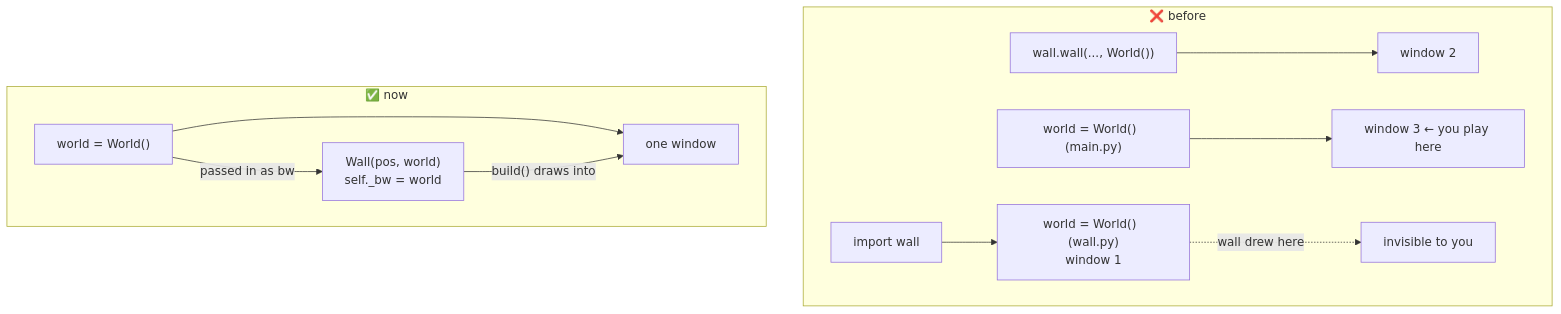
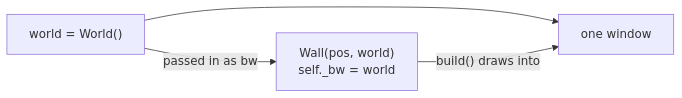
Before and after one commit to gavg0/minecraft_school: the third of 12 diagrams in docs/concepts.md, drawn with Mermaid. The commit also changed other lines of this file and 18 other files, not shown here.

````diff
--- a/docs/concepts.md
+++ b/docs/concepts.md
@@ -164,14 +138,6 @@
 ```mermaid
-flowchart TB
-    subgraph old["❌ before"]
-        I["import wall"] --> W1["world = World()  (wall.py)<br/>window 1"]
-        M1["wall.wall(..., World())"] --> W2["window 2"]
-        M2["world = World()  (main.py)"] --> W3["window 3 ← you play here"]
-        W1 -. "wall drew here" .-> X["invisible to you"]
-    end
-    subgraph new["✅ now"]
-        N["world = World()"] --> NW["one window"]
-        N -- "passed in as bw" --> NWall["Wall(pos, world)<br/>self._bw = world"]
-        NWall -- "build() draws into" --> NW
-    end
+flowchart LR
+    N["world = World()"] --> NW["one window"]
+    N -- "passed in as bw" --> NWall["Wall(pos, world)<br/>self._bw = world"]
+    NWall -- "build() draws into" --> NW
 ```
````
